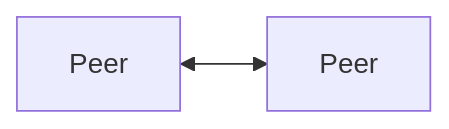
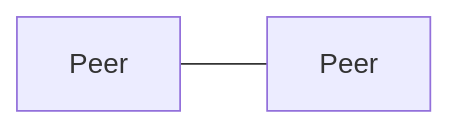
One commit to roninbar/ip-tcp-http changed the first of 3 diagrams in README.md. Above: the diagram before and after it, drawn with Mermaid. The commit also changed other lines of this file, not shown here.

````diff
--- a/README.md
+++ b/README.md
@@ -143,4 +143,4 @@
         ```mermaid
         graph LR;
-        P1[Peer] <--> P2[Peer]
+        P1[Peer] --- P2[Peer]
         ```
````
